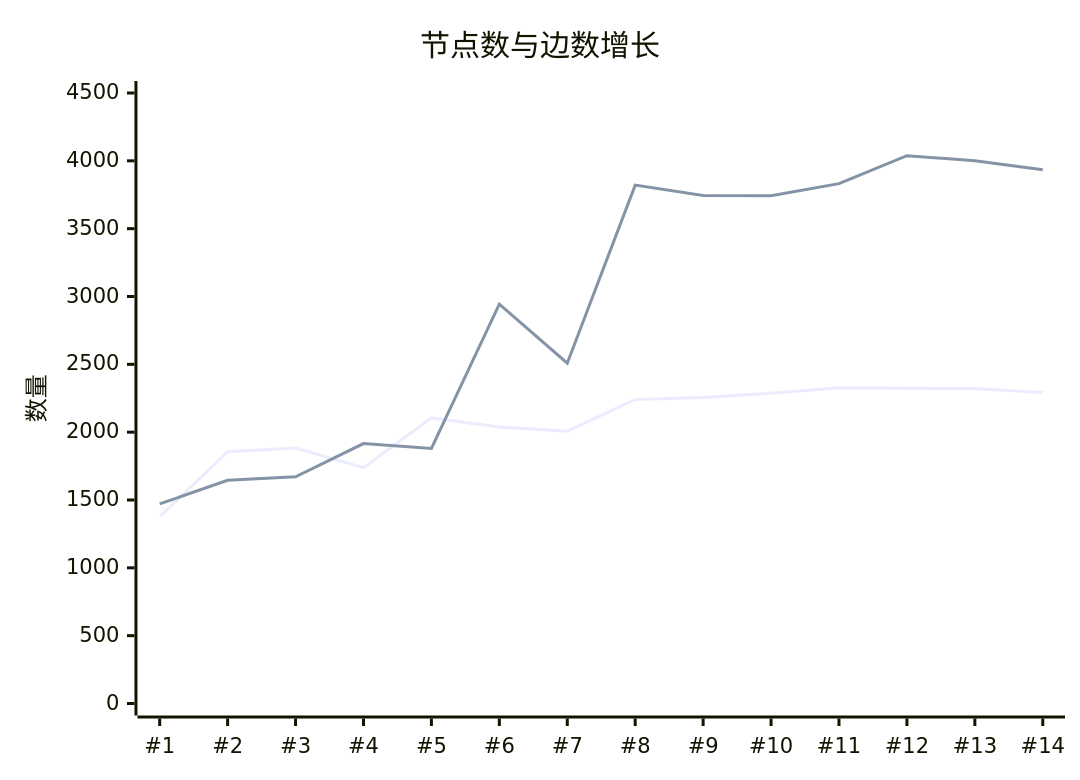
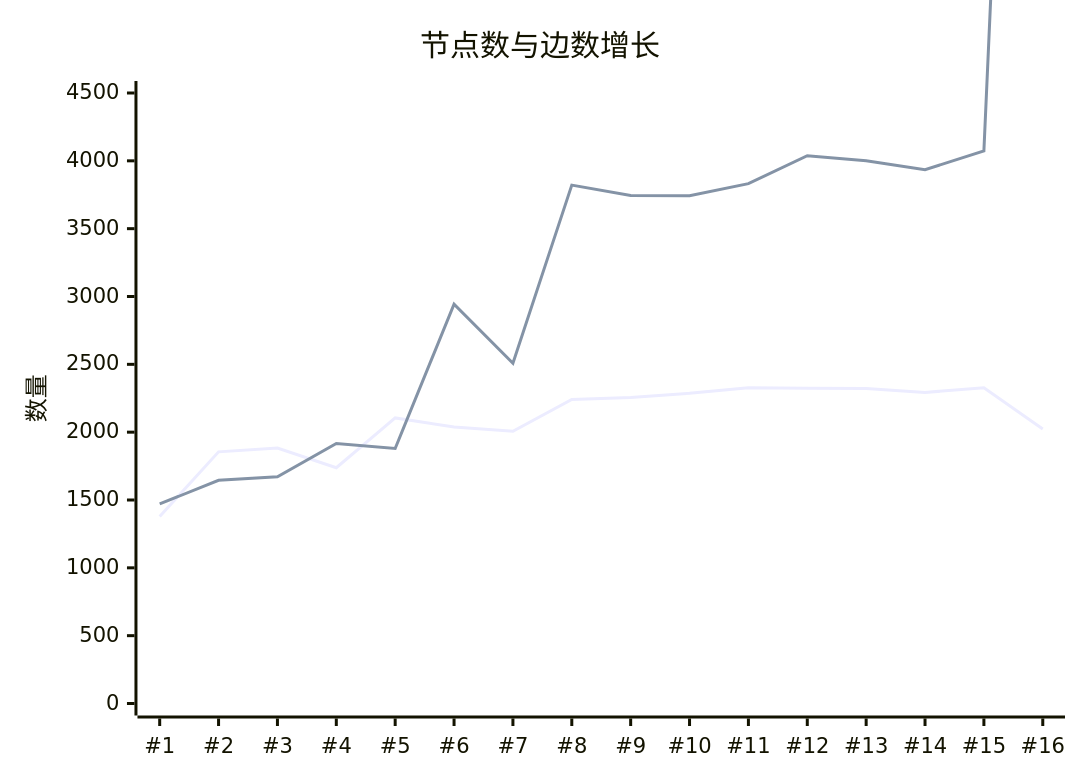
Before and after one commit to loveliunian/LegacyGraph: the second of 2 diagrams in doc/保证金项目图谱扫描优化清单.md, drawn with Mermaid. The commit also changed other lines of this file and 46 other files, not shown here.

````diff
--- a/doc/保证金项目图谱扫描优化清单.md
+++ b/doc/保证金项目图谱扫描优化清单.md
@@ -27,8 +19,8 @@
 ```mermaid
 xychart-beta
     title "节点数与边数增长"
-    x-axis ["#1", "#2", "#3", "#4", "#5", "#6", "#7", "#8", "#9", "#10", "#11", "#12", "#13", "#14"]
+    x-axis ["#1", "#2", "#3", "#4", "#5", "#6", "#7", "#8", "#9", "#10", "#11", "#12", "#13", "#14", "#15", "#16"]
     y-axis "数量" 0 --> 4500
-    line [1378, 1855, 1883, 1738, 2105, 2038, 2007, 2241, 2256, 2287, 2328, 2324, 2321, 2293]
-    line [1471, 1645, 1671, 1916, 1880, 2943, 2508, 3821, 3744, 3743, 3832, 4038, 4000, 3935]
+    line [1378, 1855, 1883, 1738, 2105, 2038, 2007, 2241, 2256, 2287, 2328, 2324, 2321, 2293, 2328, 2023]
+    line [1471, 1645, 1671, 1916, 1880, 2943, 2508, 3821, 3744, 3743, 3832, 4038, 4000, 3935, 4073, 13782]
 ```
````
